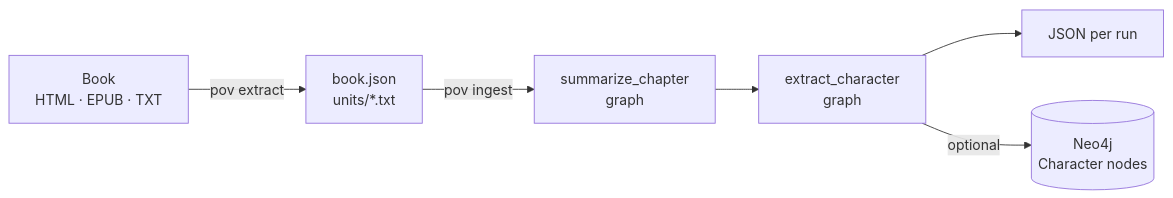
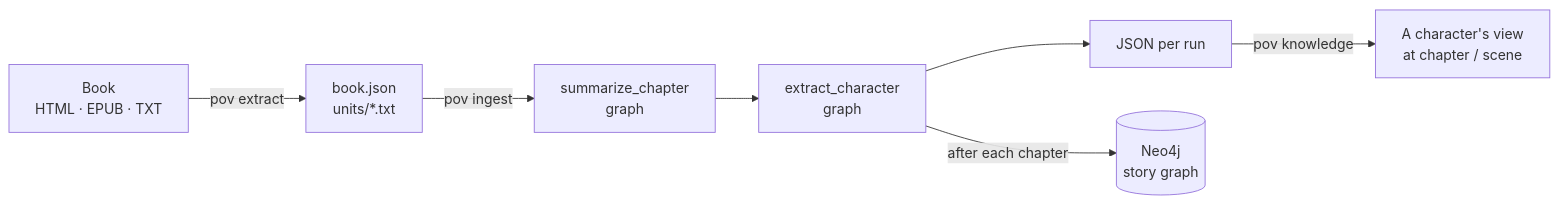
Before and after one commit to nhanvu0901/book-rewrire: the second of 2 diagrams in README.md, drawn with Mermaid. The commit also changed other lines of this file, not shown here.

Commit message:
docs: README covers the per-chapter graph, events, knowledge and `pov knowledge`

````diff
--- a/README.md
+++ b/README.md
@@ -106,8 +112,9 @@
 ```mermaid
 flowchart LR
     S["Book<br/>HTML · EPUB · TXT"] -->|pov extract| X["book.json<br/>units/*.txt"]
     X -->|pov ingest| SG["summarize_chapter<br/>graph"]
     SG --> EG["extract_character<br/>graph"]
     EG --> J["JSON per run"]
-    EG -->|optional| N[("Neo4j<br/>Character nodes")]
+    EG -->|after each chapter| N[("Neo4j<br/>story graph")]
+    J -->|pov knowledge| V["A character's view<br/>at chapter / scene"]
 ```
````
